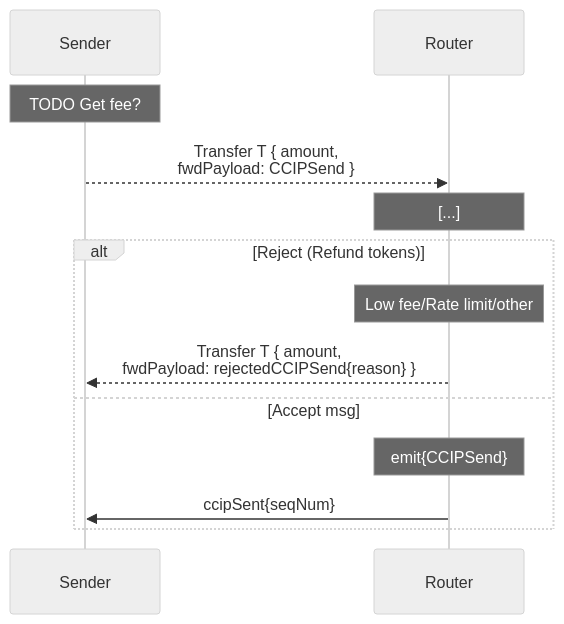
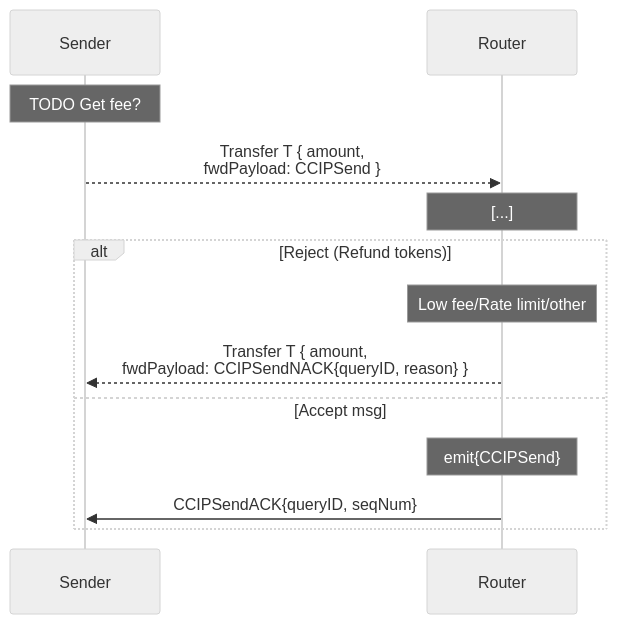
One commit to fork-the-planet/smartcontractkit___chainlink-ton changed the second of 2 diagrams in docs/contracts/ccip/flow/onramp/user-interface.md. Above: the diagram before and after it, drawn with Mermaid (neutral theme). The commit also changed other lines of this file and 25 other files, not shown here.

````diff
--- a/docs/contracts/ccip/flow/onramp/user-interface.md
+++ b/docs/contracts/ccip/flow/onramp/user-interface.md
@@ -27,19 +27,19 @@
 ```mermaid
 sequenceDiagram
     participant U as Sender
     participant R as Router
 
     Note over U: TODO Get fee?
 
     U -->> R: Transfer T { amount,<br>fwdPayload: CCIPSend }
     
     Note over R: [...]
     alt Reject (Refund tokens)
     Note over R: Low fee/Rate limit/other
-    R -->> U: Transfer T { amount,<br>fwdPayload: rejectedCCIPSend{reason} }
+    R -->> U: Transfer T { amount,<br>fwdPayload: CCIPSendNACK{queryID, reason} }
   
     else Accept msg
     Note over R: emit{CCIPSend}
-    R ->> U: ccipSent{seqNum}
+    R ->> U: CCIPSendACK{queryID, seqNum}
     end
 ```
````
